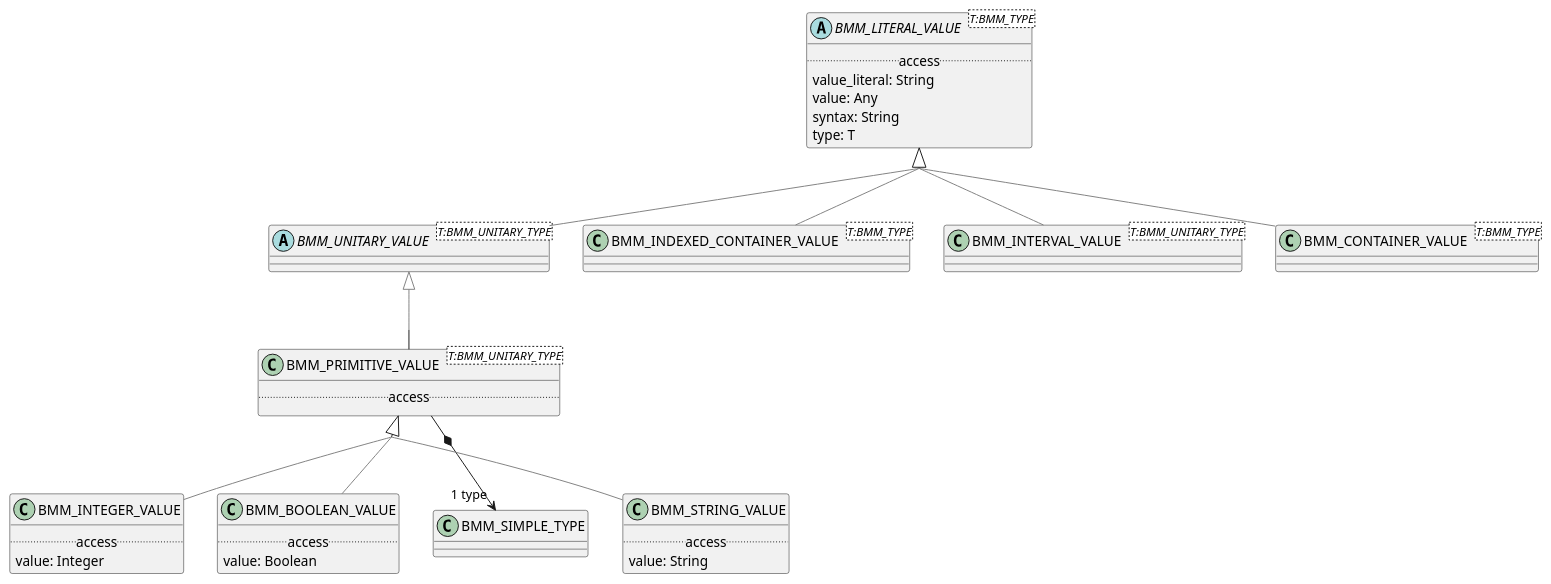
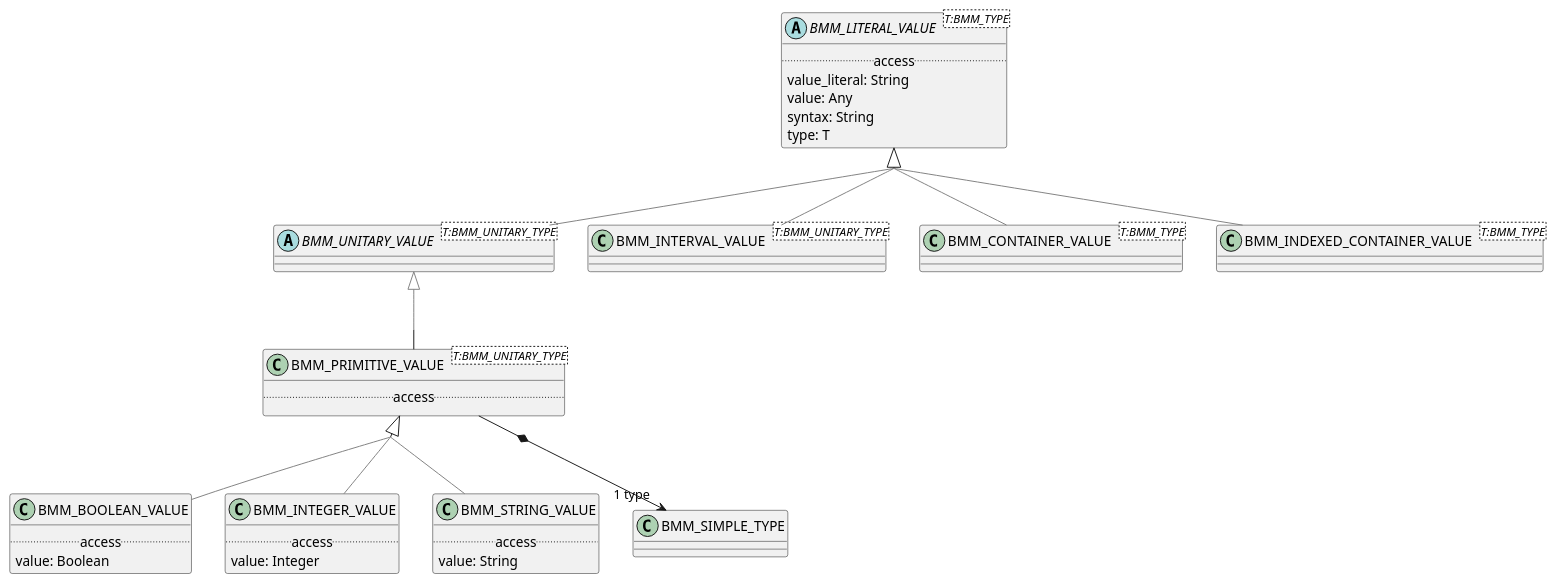
The diagram in modules/ROOT/examples/bmm/languages/bmm/bmm_model/value/value-package-uml.adoc (wolandscat/openehr-doc), drawn with PlantUML before and after one commit. The commit also changed other lines of this file and 293 other files, not shown here.

Commit message:
Regen with tweaks to UML output and correct metatypes for nested generics.

```diff
--- a/modules/ROOT/examples/bmm/languages/bmm/bmm_model/value/value-package-uml.adoc
+++ b/modules/ROOT/examples/bmm/languages/bmm/bmm_model/value/value-package-uml.adoc
@@ -3,73 +3,73 @@
 [plantuml,opts=interactive,link=self]
 ....
 skinparam groupInheritance 2
 skinparam citedClassColor #FDFDFD
+
+
+class BMM_BOOLEAN_VALUE [[/openehr-doc/latest/languages/bmm-gen.html#_class_bmm_boolean_value]] {
+        .. access ..
+        value: Boolean
+}
+
+BMM_BOOLEAN_VALUE -[#gray]up-|> BMM_PRIMITIVE_VALUE  
+
+
+class BMM_INTERVAL_VALUE<T:BMM_UNITARY_TYPE> [[/openehr-doc/latest/languages/bmm-gen.html#_class_bmm_interval_value]] {
+}
+
+BMM_INTERVAL_VALUE -[#gray]up-|> BMM_LITERAL_VALUE  
+
+
+abstract class BMM_UNITARY_VALUE<T:BMM_UNITARY_TYPE> [[/openehr-doc/latest/languages/bmm-gen.html#_class_bmm_unitary_value]] {
+}
+
+BMM_UNITARY_VALUE -[#gray]up-|> BMM_LITERAL_VALUE  
+
+
+class BMM_CONTAINER_VALUE<T:BMM_TYPE> [[/openehr-doc/latest/languages/bmm-gen.html#_class_bmm_container_value]] {
+}
+
+BMM_CONTAINER_VALUE -[#gray]up-|> BMM_LITERAL_VALUE  
 
 
 class BMM_INTEGER_VALUE [[/openehr-doc/latest/languages/bmm-gen.html#_class_bmm_integer_value]] {
         .. access ..
         value: Integer
 }
 
 BMM_INTEGER_VALUE -[#gray]up-|> BMM_PRIMITIVE_VALUE  
+
+
+class BMM_STRING_VALUE [[/openehr-doc/latest/languages/bmm-gen.html#_class_bmm_string_value]] {
+        .. access ..
+        value: String
+}
+
+BMM_STRING_VALUE -[#gray]up-|> BMM_PRIMITIVE_VALUE  
 
 
 abstract class BMM_LITERAL_VALUE<T:BMM_TYPE> [[/openehr-doc/latest/languages/bmm-gen.html#_class_bmm_literal_value]] {
         .. access ..
         value_literal: String
         value: Any
         syntax: String
         type: T
 }
 
 
-abstract class BMM_UNITARY_VALUE<T:BMM_UNITARY_TYPE> [[/openehr-doc/latest/languages/bmm-gen.html#_class_bmm_unitary_value]] {
-}
-
-BMM_UNITARY_VALUE -[#gray]up-|> BMM_LITERAL_VALUE  
-
-
 class BMM_INDEXED_CONTAINER_VALUE<T:BMM_TYPE> [[/openehr-doc/latest/languages/bmm-gen.html#_class_bmm_indexed_container_value]] {
 }
 
 BMM_INDEXED_CONTAINER_VALUE -[#gray]up-|> BMM_LITERAL_VALUE  
-
-
-class BMM_BOOLEAN_VALUE [[/openehr-doc/latest/languages/bmm-gen.html#_class_bmm_boolean_value]] {
-        .. access ..
-        value: Boolean
-}
-
-BMM_BOOLEAN_VALUE -[#gray]up-|> BMM_PRIMITIVE_VALUE  
 
 
 class BMM_PRIMITIVE_VALUE<T:BMM_UNITARY_TYPE> [[/openehr-doc/latest/languages/bmm-gen.html#_class_bmm_primitive_value]] {
         .. access ..
 }
 
 BMM_PRIMITIVE_VALUE -[#gray]up-|> BMM_UNITARY_VALUE  
 
 
 BMM_PRIMITIVE_VALUE *--> "1 type" BMM_SIMPLE_TYPE
 
-class BMM_INTERVAL_VALUE<T:BMM_UNITARY_TYPE> [[/openehr-doc/latest/languages/bmm-gen.html#_class_bmm_interval_value]] {
-}
-
-BMM_INTERVAL_VALUE -[#gray]up-|> BMM_LITERAL_VALUE  
-
-
-class BMM_CONTAINER_VALUE<T:BMM_TYPE> [[/openehr-doc/latest/languages/bmm-gen.html#_class_bmm_container_value]] {
-}
-
-BMM_CONTAINER_VALUE -[#gray]up-|> BMM_LITERAL_VALUE  
-
-
-class BMM_STRING_VALUE [[/openehr-doc/latest/languages/bmm-gen.html#_class_bmm_string_value]] {
-        .. access ..
-        value: String
-}
-
-BMM_STRING_VALUE -[#gray]up-|> BMM_PRIMITIVE_VALUE  
-
-
 ....
```
